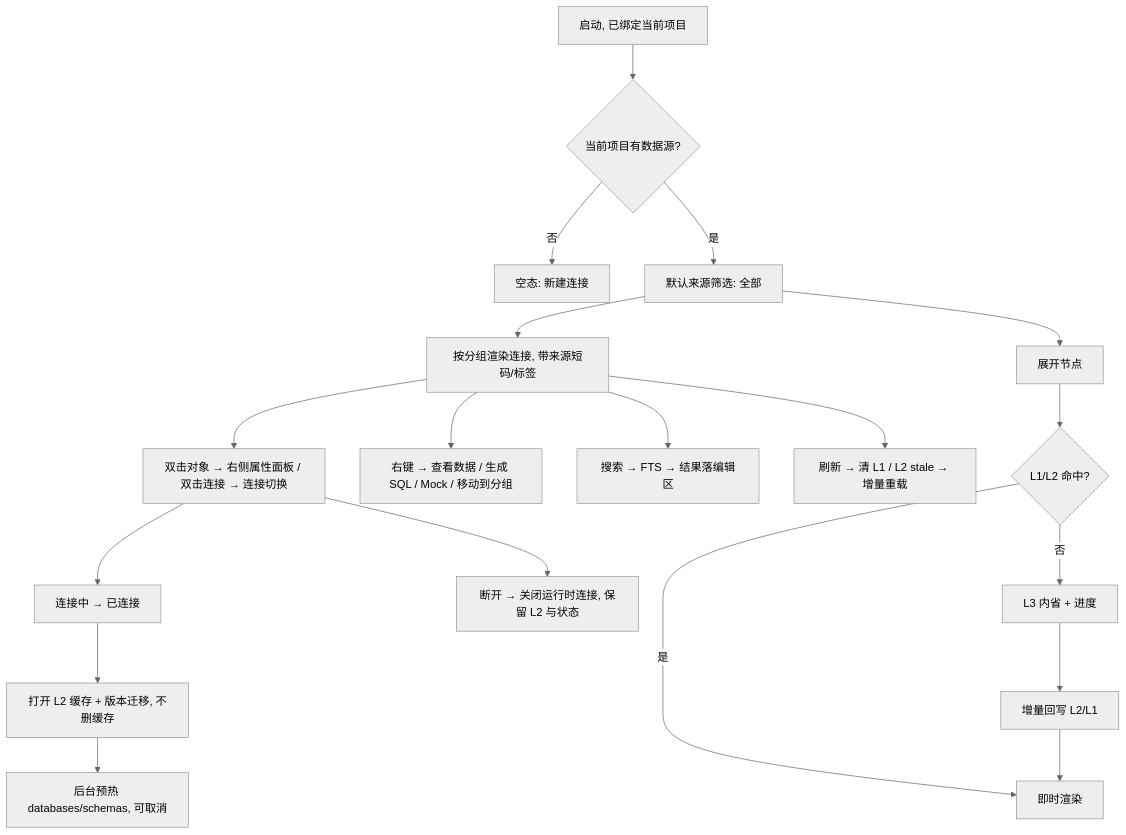
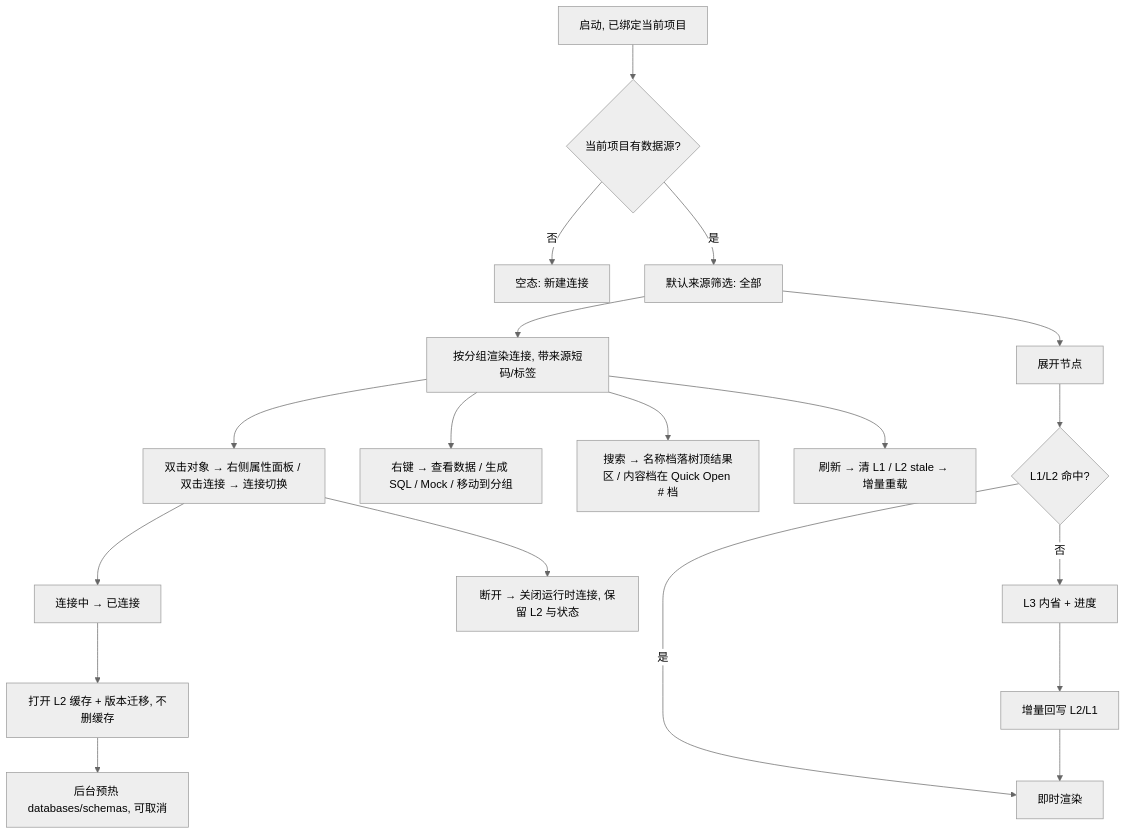
Before and after one commit to ling-love-xin/RdataStation-v2: the diagram in docs/architecture/database/database-navigator-prototype-design.md, drawn with Mermaid (neutral theme). The commit also changed other lines of this file and 14 other files, not shown here.

First line of the commit message:
结构对象引用统一：ObjectRef 取代 TableRef/SchemaRef

````diff
--- a/docs/architecture/database/database-navigator-prototype-design.md
+++ b/docs/architecture/database/database-navigator-prototype-design.md
@@ -535,19 +538,19 @@
 ```mermaid
 flowchart TD
     A[启动, 已绑定当前项目] --> B{当前项目有数据源?}
     B -- 否 --> C[空态: 新建连接]
     B -- 是 --> D[默认来源筛选: 全部]
     D --> E[按分组渲染连接, 带来源短码/标签]
     E --> F[双击对象 → 右侧属性面板 / 双击连接 → 连接切换]
     F --> G[连接中 → 已连接]
     G --> H[打开 L2 缓存 + 版本迁移, 不删缓存]
     H --> I[后台预热 databases/schemas, 可取消]
     D --> J[展开节点]
     J --> K{L1/L2 命中?}
     K -- 是 --> L[即时渲染]
     K -- 否 --> M[L3 内省 + 进度] --> N[增量回写 L2/L1] --> L
     E --> O[右键 → 查看数据 / 生成 SQL / Mock / 移动到分组]
-    E --> P[搜索 → FTS → 结果落编辑区]
+    E --> P[搜索 → 名称档落树顶结果区 / 内容档在 Quick Open # 档]
     E --> Q[刷新 → 清 L1 / L2 stale → 增量重载]
     F --> R[断开 → 关闭运行时连接, 保留 L2 与状态]
 ```
````
